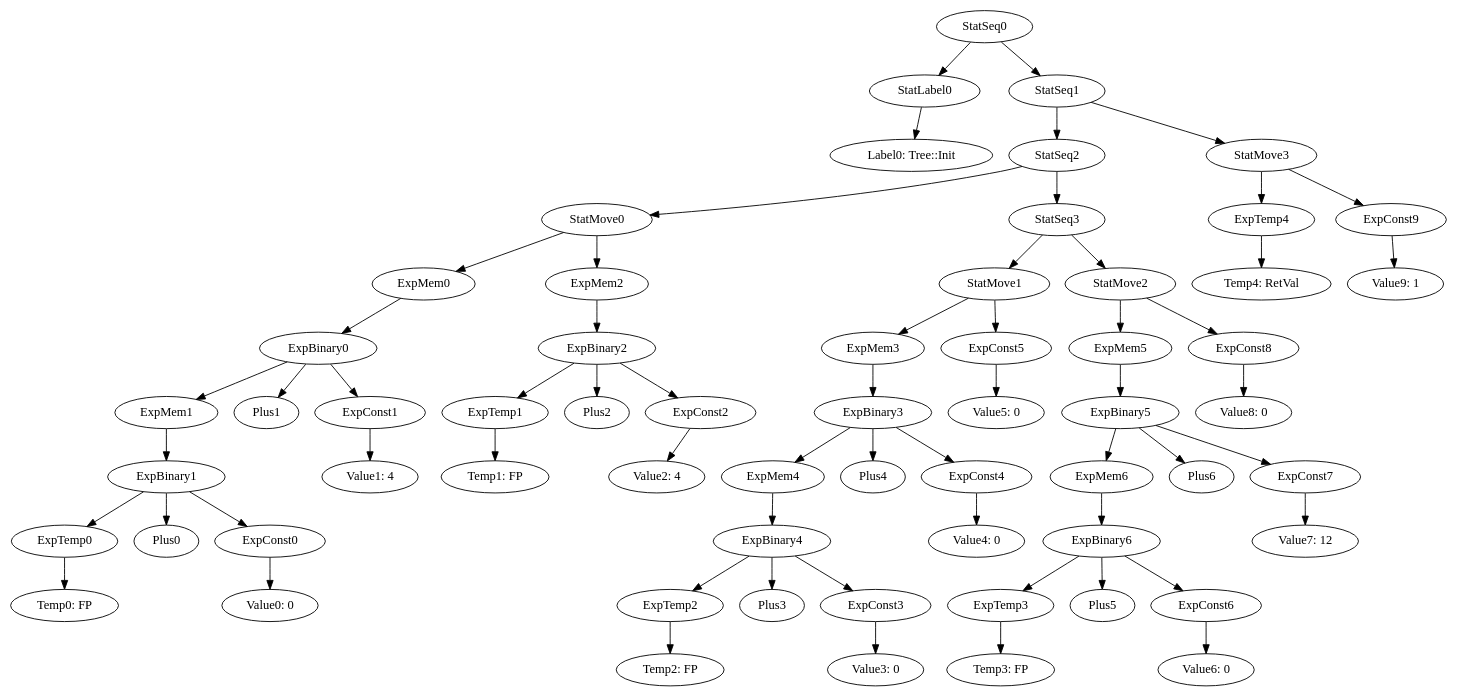
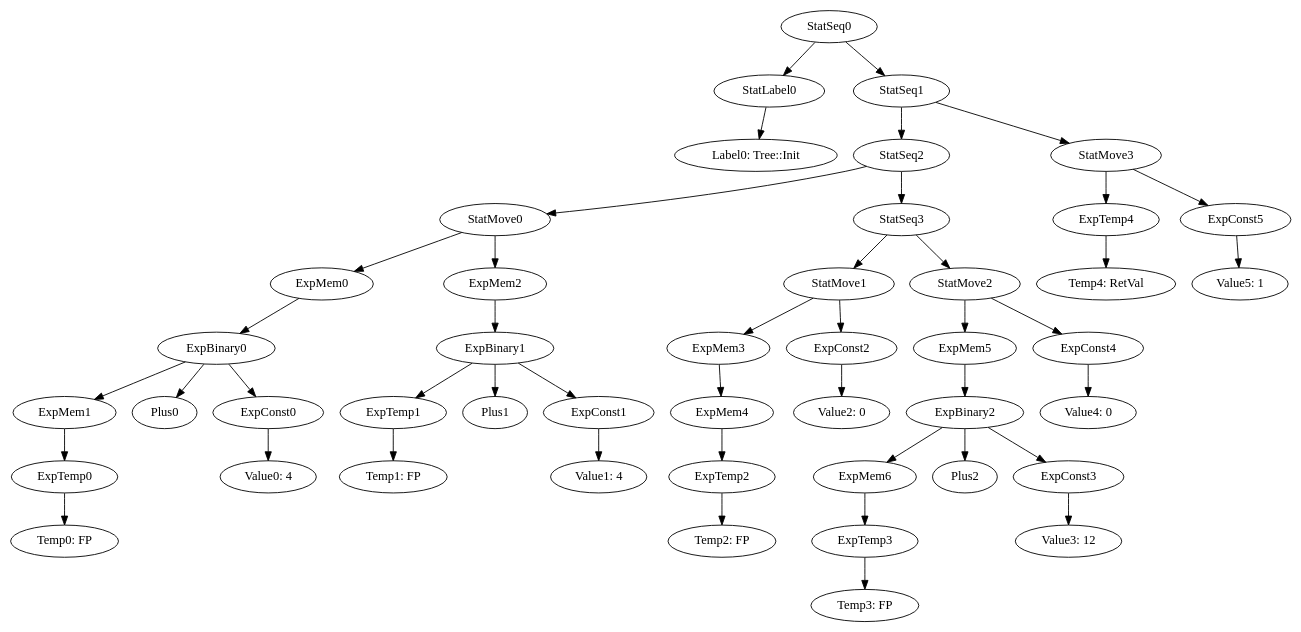
Before and after one commit to team-compilers/compilers: the diagram in MiniJava/results/SamplesCorrect/TreeVisitor/irt_Tree::Init.gv, drawn with Graphviz. The commit also changed 138 other files, not shown here.

```diff
--- a/MiniJava/results/SamplesCorrect/TreeVisitor/irt_Tree::Init.gv
+++ b/MiniJava/results/SamplesCorrect/TreeVisitor/irt_Tree::Init.gv
@@ -1,63 +1,47 @@
 digraph {
 	ordering = out;
-	ExpConst9 -> "Value9: 1";
+	ExpConst5 -> "Value5: 1";
 	StatMove3 -> ExpTemp4;
-	StatMove3 -> ExpConst9;
+	StatMove3 -> ExpConst5;
 	ExpTemp4 -> "Temp4: RetVal";
-	ExpConst8 -> "Value8: 0";
+	ExpConst4 -> "Value4: 0";
 	StatMove2 -> ExpMem5;
-	StatMove2 -> ExpConst8;
-	ExpBinary5 -> ExpMem6;
-	ExpBinary5 -> Plus6;
-	ExpBinary5 -> ExpConst7;
-	ExpMem6 -> ExpBinary6;
-	ExpTemp3 -> "Temp3: FP";
+	StatMove2 -> ExpConst4;
+	ExpConst3 -> "Value3: 12";
+	ExpBinary1 -> ExpTemp1;
+	ExpBinary1 -> Plus1;
+	ExpBinary1 -> ExpConst1;
+	ExpMem0 -> ExpBinary0;
+	ExpMem3 -> ExpMem4;
+	StatMove0 -> ExpMem0;
+	StatMove0 -> ExpMem2;
 	StatSeq3 -> StatMove1;
 	StatSeq3 -> StatMove2;
-	ExpMem5 -> ExpBinary5;
-	StatMove1 -> ExpMem3;
-	StatMove1 -> ExpConst5;
-	StatMove0 -> ExpMem0;
-	StatMove0 -> ExpMem2;
-	ExpBinary6 -> ExpTemp3;
-	ExpBinary6 -> Plus5;
-	ExpBinary6 -> ExpConst6;
-	ExpMem0 -> ExpBinary0;
-	ExpBinary1 -> ExpTemp0;
-	ExpBinary1 -> Plus0;
-	ExpBinary1 -> ExpConst0;
-	ExpMem3 -> ExpBinary3;
-	ExpMem1 -> ExpBinary1;
-	ExpConst0 -> "Value0: 0";
+	ExpConst0 -> "Value0: 4";
+	ExpMem1 -> ExpTemp0;
 	StatLabel0 -> "Label0: Tree::Init";
+	ExpTemp1 -> "Temp1: FP";
+	StatSeq0 -> StatLabel0;
+	StatSeq0 -> StatSeq1;
+	ExpTemp3 -> "Temp3: FP";
 	ExpTemp0 -> "Temp0: FP";
-	ExpMem2 -> ExpBinary2;
-	ExpConst5 -> "Value5: 0";
-	ExpBinary3 -> ExpMem4;
-	ExpBinary3 -> Plus4;
-	ExpBinary3 -> ExpConst4;
+	ExpMem2 -> ExpBinary1;
 	StatSeq1 -> StatSeq2;
 	StatSeq1 -> StatMove3;
 	ExpConst1 -> "Value1: 4";
-	StatSeq0 -> StatLabel0;
-	StatSeq0 -> StatSeq1;
-	ExpTemp1 -> "Temp1: FP";
-	ExpBinary2 -> ExpTemp1;
-	ExpBinary2 -> Plus2;
-	ExpBinary2 -> ExpConst2;
-	ExpConst2 -> "Value2: 4";
-	ExpConst7 -> "Value7: 12";
-	ExpConst3 -> "Value3: 0";
-	ExpConst6 -> "Value6: 0";
+	ExpMem5 -> ExpBinary2;
+	StatMove1 -> ExpMem3;
+	StatMove1 -> ExpConst2;
 	StatSeq2 -> StatMove0;
 	StatSeq2 -> StatSeq3;
+	ExpMem6 -> ExpTemp3;
 	ExpTemp2 -> "Temp2: FP";
-	ExpBinary4 -> ExpTemp2;
-	ExpBinary4 -> Plus3;
-	ExpBinary4 -> ExpConst3;
 	ExpBinary0 -> ExpMem1;
-	ExpBinary0 -> Plus1;
-	ExpBinary0 -> ExpConst1;
-	ExpMem4 -> ExpBinary4;
-	ExpConst4 -> "Value4: 0";
+	ExpBinary0 -> Plus0;
+	ExpBinary0 -> ExpConst0;
+	ExpMem4 -> ExpTemp2;
+	ExpConst2 -> "Value2: 0";
+	ExpBinary2 -> ExpMem6;
+	ExpBinary2 -> Plus2;
+	ExpBinary2 -> ExpConst3;
 }
```
